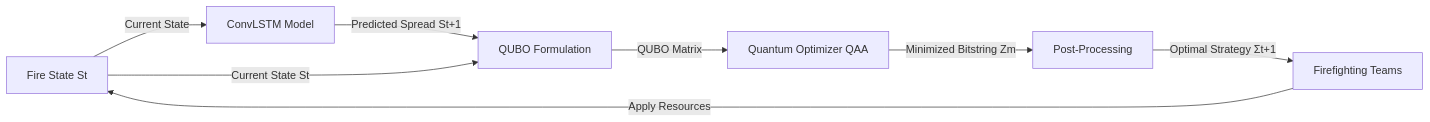
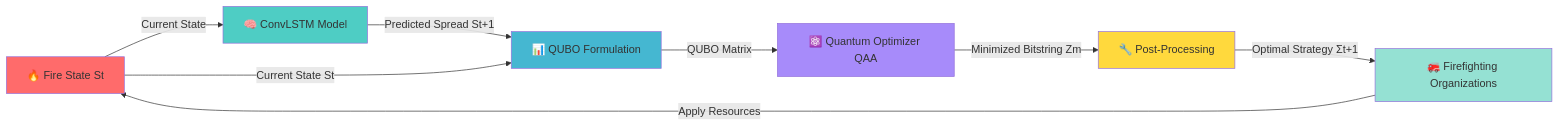
One commit to qbrigade/hackathon_LATAM changed the diagram in README.md. Above: the diagram before and after it, drawn with Mermaid. The commit also changed other lines of this file, not shown here.

`````diff
--- a/README.md
+++ b/README.md
@@ -112,10 +124,17 @@
 ```mermaid
 graph LR
-    F[Fire State St] -->|Current State| ML[ConvLSTM Model]
-    ML -->|Predicted Spread St+1| Classical[QUBO Formulation]
+    F[🔥 Fire State St] -->|Current State| ML[🧠 ConvLSTM Model]
+    ML -->|Predicted Spread St+1| Classical[📊 QUBO Formulation]
     F -->|Current State St| Classical
-    Classical -->|QUBO Matrix| QO[Quantum Optimizer QAA]
-    QO -->|Minimized Bitstring Zm| PP[Post-Processing]
-    PP -->|Optimal Strategy Σt+1| W[Firefighting Teams]
+    Classical -->|QUBO Matrix| QO[⚛️ Quantum Optimizer QAA]
+    QO -->|Minimized Bitstring Zm| PP[🔧 Post-Processing]
+    PP -->|Optimal Strategy Σt+1| W[🚒 Firefighting Organizations]
     W -->|Apply Resources| F
-````
+    
+    style F fill:#ff6b6b
+    style ML fill:#4ecdc4
+    style Classical fill:#45b7d1
+    style QO fill:#a78bfa
+    style PP fill:#ffd93d
+    style W fill:#95e1d3
+```
`````
